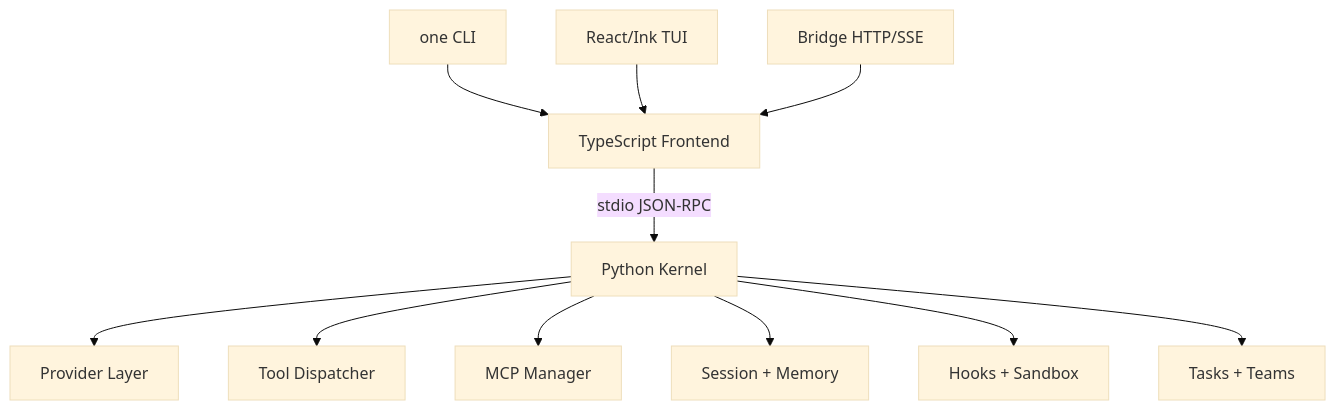
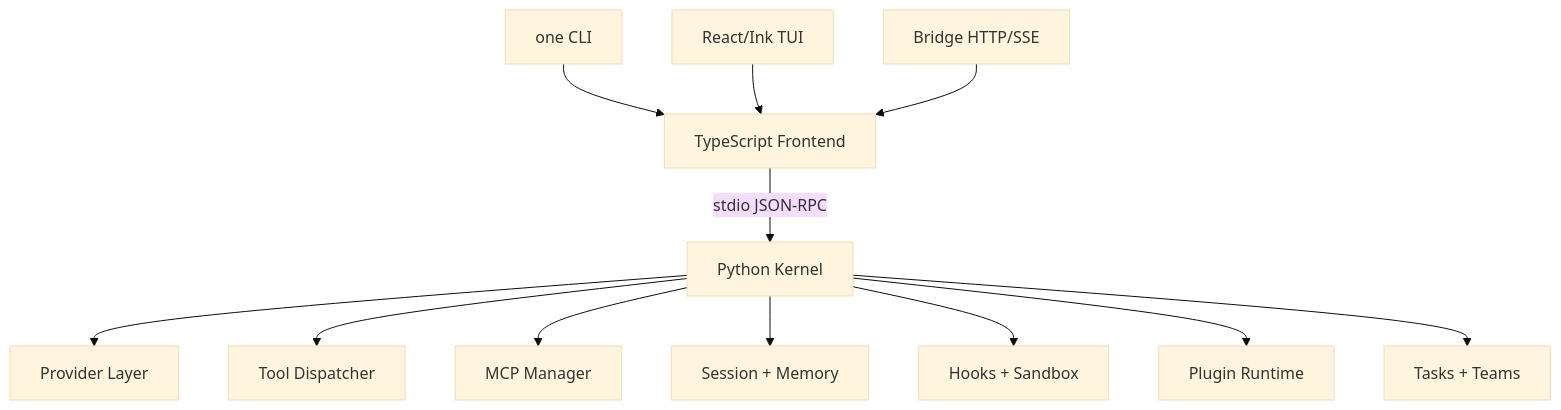
Before and after one commit to Lsogod/OneClaw: the diagram in README.md, drawn with Mermaid (base theme). The commit also changed other lines of this file, not shown here.

````diff
--- a/README.md
+++ b/README.md
@@ -61,13 +173,14 @@
 ```mermaid
 flowchart TD
   A["one CLI"] --> B["TypeScript Frontend"]
   C["React/Ink TUI"] --> B
   D["Bridge HTTP/SSE"] --> B
   B -->|"stdio JSON-RPC"| E["Python Kernel"]
   E --> F["Provider Layer"]
   E --> G["Tool Dispatcher"]
   E --> H["MCP Manager"]
   E --> I["Session + Memory"]
   E --> J["Hooks + Sandbox"]
-  E --> K["Tasks + Teams"]
+  E --> K["Plugin Runtime"]
+  E --> L["Tasks + Teams"]
 ```
````
